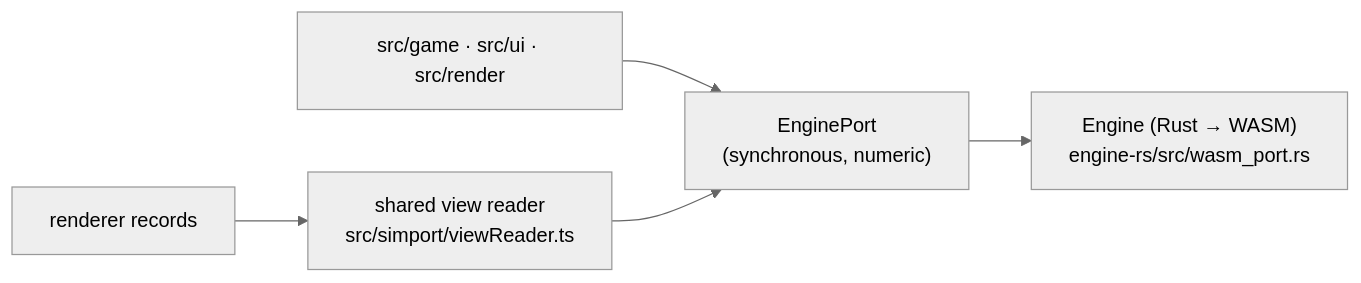
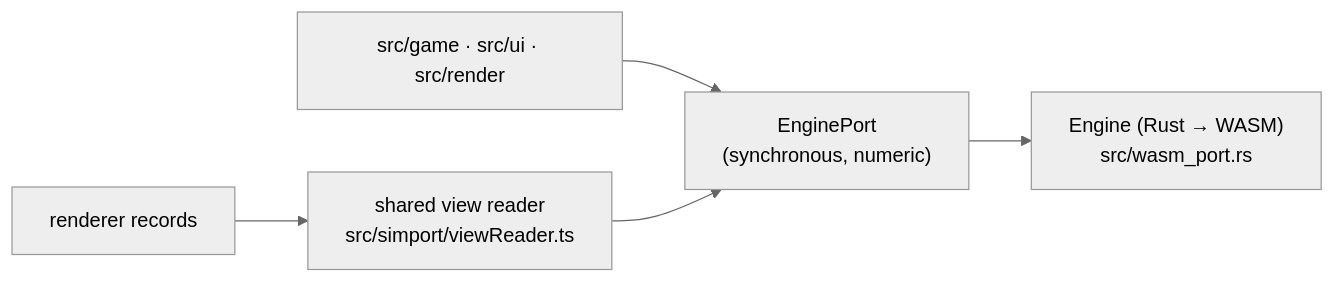
One commit to maniator/verticopolis changed the seventh of 7 diagrams in ARCHITECTURE.md. Above: the diagram before and after it, drawn with Mermaid (neutral theme). The commit also changed other lines of this file and 62 other files, not shown here.

````diff
--- a/ARCHITECTURE.md
+++ b/ARCHITECTURE.md
@@ -340,7 +341,7 @@
 ```mermaid
 flowchart LR
     UI["src/game · src/ui · src/render"] --> Port["EnginePort<br/>(synchronous, numeric)"]
-    Port --> Rust["Engine (Rust → WASM)<br/>engine-rs/src/wasm_port.rs"]
+    Port --> Rust["Engine (Rust → WASM)<br/>src/wasm_port.rs"]
     Render["renderer records"] --> Reader["shared view reader<br/>src/simport/viewReader.ts"]
     Reader --> Port
 ```
````
